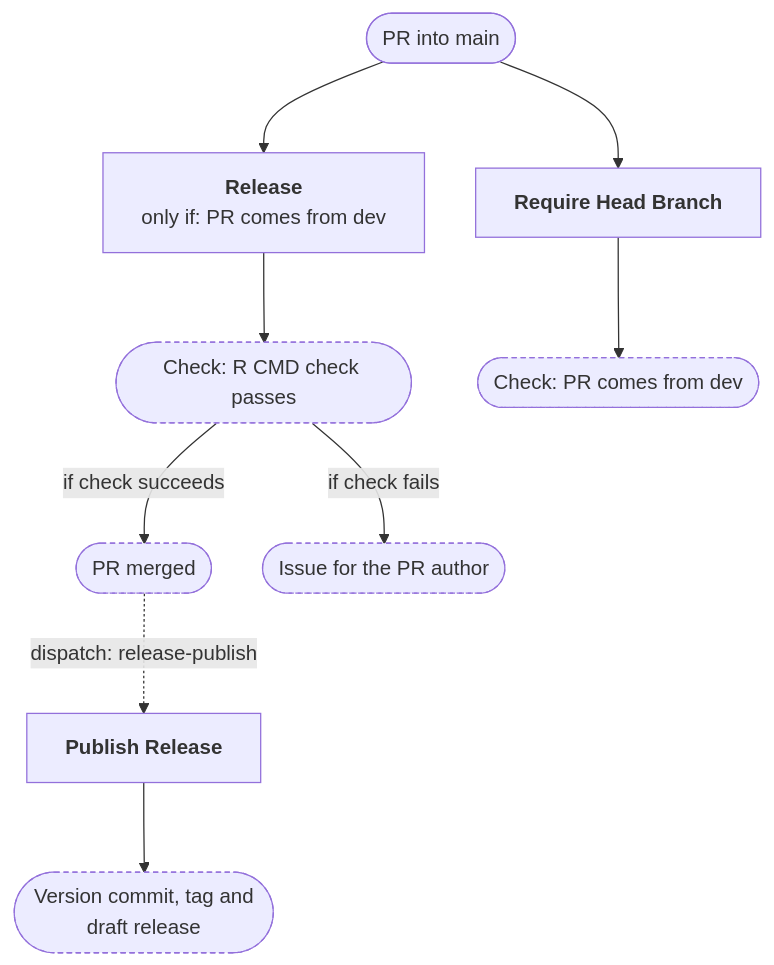
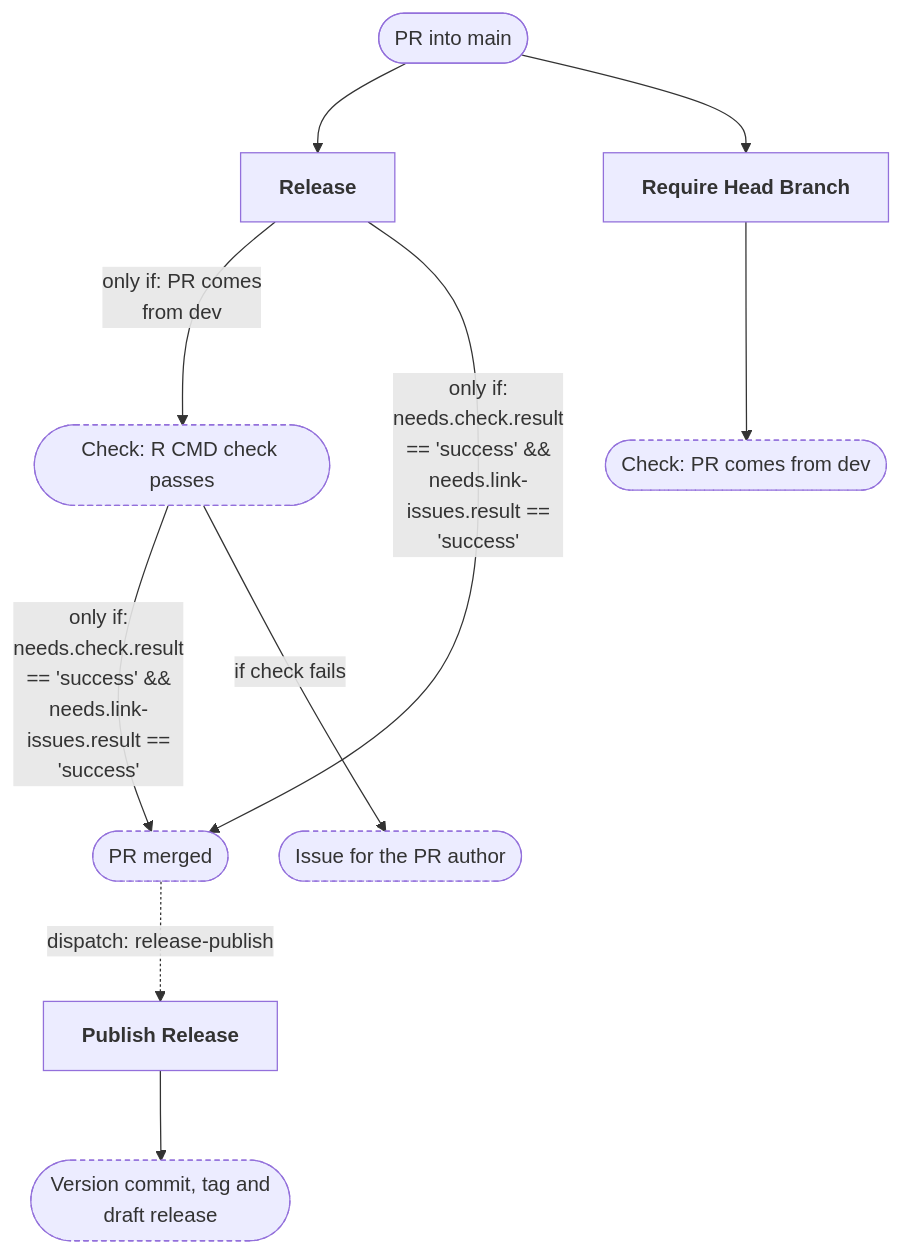
One commit to nfdi4health/dsSupportClient changed the third of 8 diagrams in .github/workflow-graphs/README.md. Above: the diagram before and after it, drawn with Mermaid. The commit also changed other lines of this file, not shown here.

Commit message:
docs: update workflow diagrams

````diff
--- a/.github/workflow-graphs/README.md
+++ b/.github/workflow-graphs/README.md
@@ -86,22 +89,23 @@
 ```mermaid
 %%{init: {"flowchart": {"rankSpacing": 70, "nodeSpacing": 40}}}%%
 flowchart TD
   ev(["PR into main"])
-  wf_release_trigger_yml["<b>Release</b><br/>only if: PR comes from dev"]
+  wf_release_trigger_yml["<b>Release</b>"]
   ev --> wf_release_trigger_yml
   wf_require_head_branch_yml["<b>Require Head Branch</b>"]
   ev --> wf_require_head_branch_yml
   wf_release_publish_yml["<b>Publish Release</b>"]
   out_release_trigger_yml_check_1(["Check: R CMD check passes"]):::outcome
   out_release_trigger_yml_on_success_2(["PR merged"]):::outcome
   out_1(["Issue for the PR author"]):::outcome
   out_2(["Check: PR comes from dev"]):::outcome
   out_3(["Version commit, tag and<br/>draft release"]):::outcome
-  wf_release_trigger_yml --> out_release_trigger_yml_check_1
-  out_release_trigger_yml_check_1 -- "if check succeeds" --> out_release_trigger_yml_on_success_2
+  wf_release_trigger_yml -- "only if: PR comes<br/>from dev" --> out_release_trigger_yml_check_1
+  out_release_trigger_yml_check_1 -- "only if:<br/>needs.check.result<br/>== 'success' &&<br/>needs.link-<br/>issues.result ==<br/>'success'" --> out_release_trigger_yml_on_success_2
+  wf_release_trigger_yml -- "only if:<br/>needs.check.result<br/>== 'success' &&<br/>needs.link-<br/>issues.result ==<br/>'success'" --> out_release_trigger_yml_on_success_2
   out_release_trigger_yml_check_1 -- "if check fails" --> out_1
   out_release_trigger_yml_on_success_2 -. "dispatch: release-publish" .-> wf_release_publish_yml
   wf_require_head_branch_yml --> out_2
   wf_release_publish_yml --> out_3
   classDef outcome stroke-dasharray: 4 3
 ```
````
